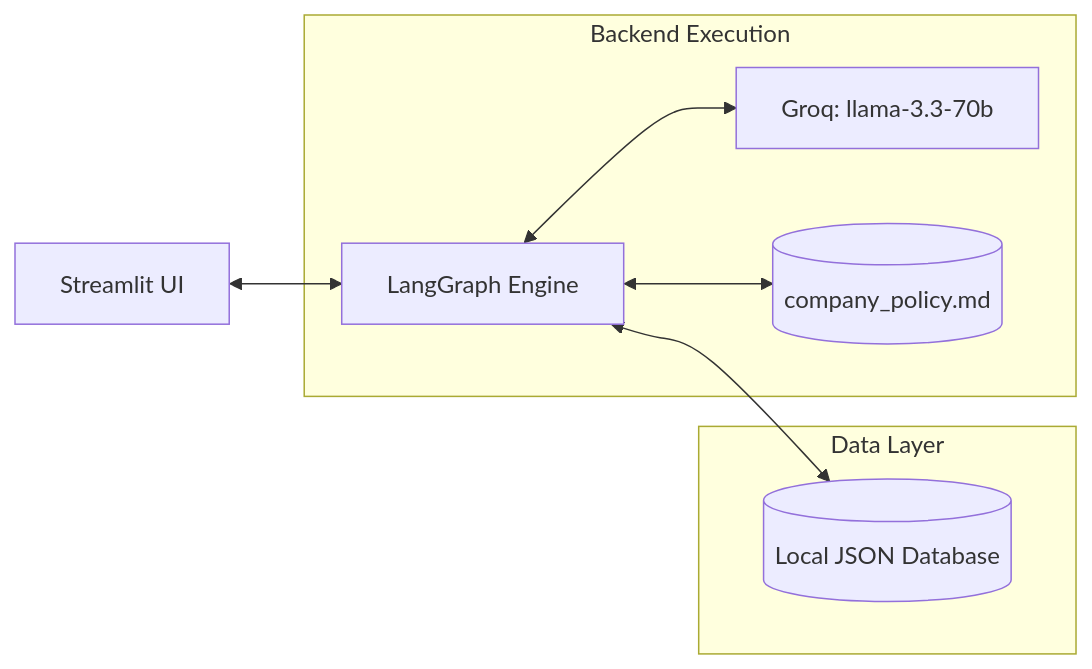
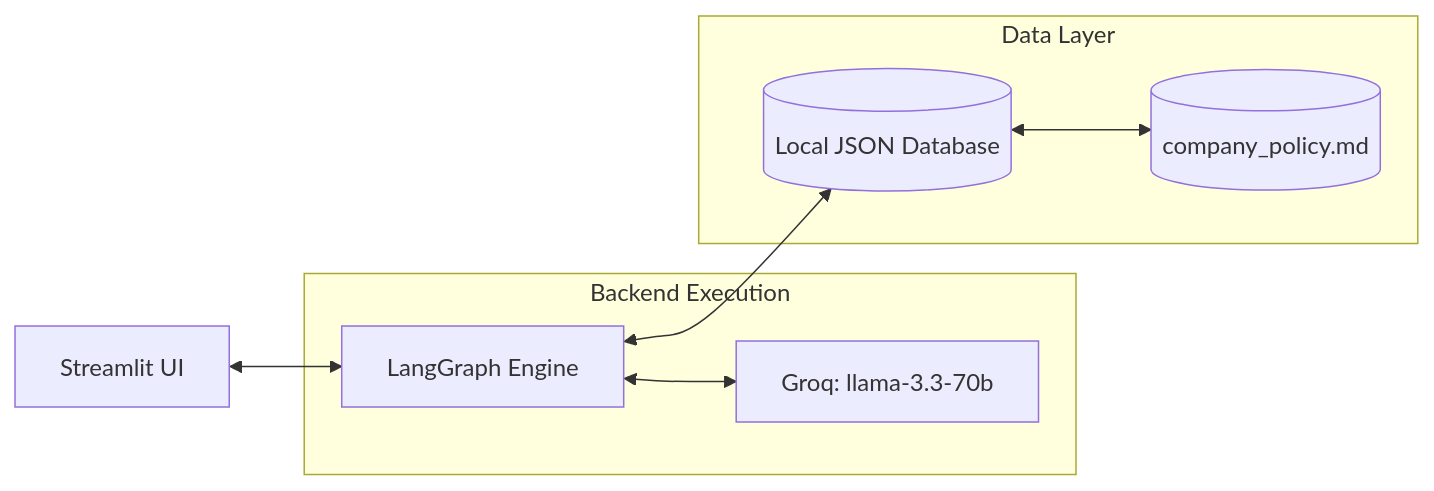
Before and after one commit to VaibhavMittalData/SupportAgent: the first of 3 diagrams in ARCHITECTURE.md, drawn with Mermaid. The commit also changed other lines of this file and 5 other files, not shown here.

Commit message:
Refactor architecture to dynamic tool-based state machine

````diff
--- a/ARCHITECTURE.md
+++ b/ARCHITECTURE.md
@@ -9,13 +9,13 @@
 ```mermaid
 graph LR
     UI[Streamlit UI] <--> LG[LangGraph Engine]
     
     subgraph Backend Execution
         LG <--> LLM[Groq: llama-3.3-70b]
-        LG <--> Pol[(company_policy.md)]
     end
     
     subgraph Data Layer
         LG <--> DB[(Local JSON Database)]
+        DB <--> Pol[(company_policy.md)]
     end
 ```
````
